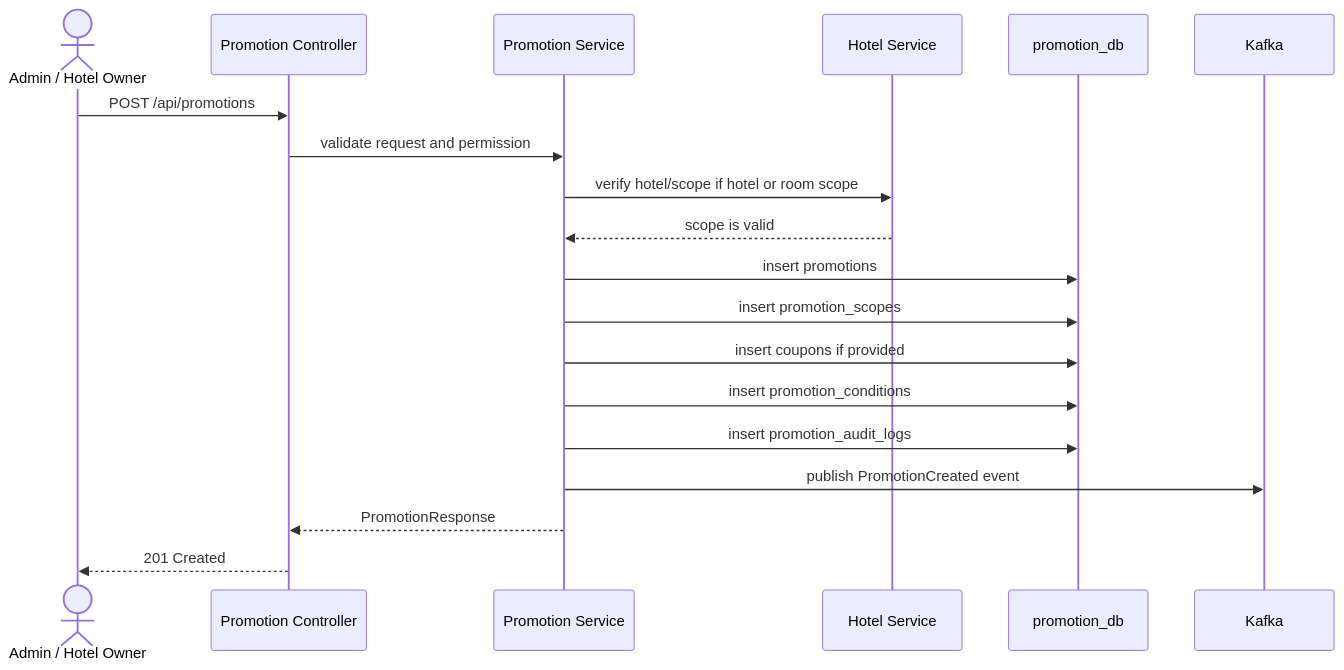
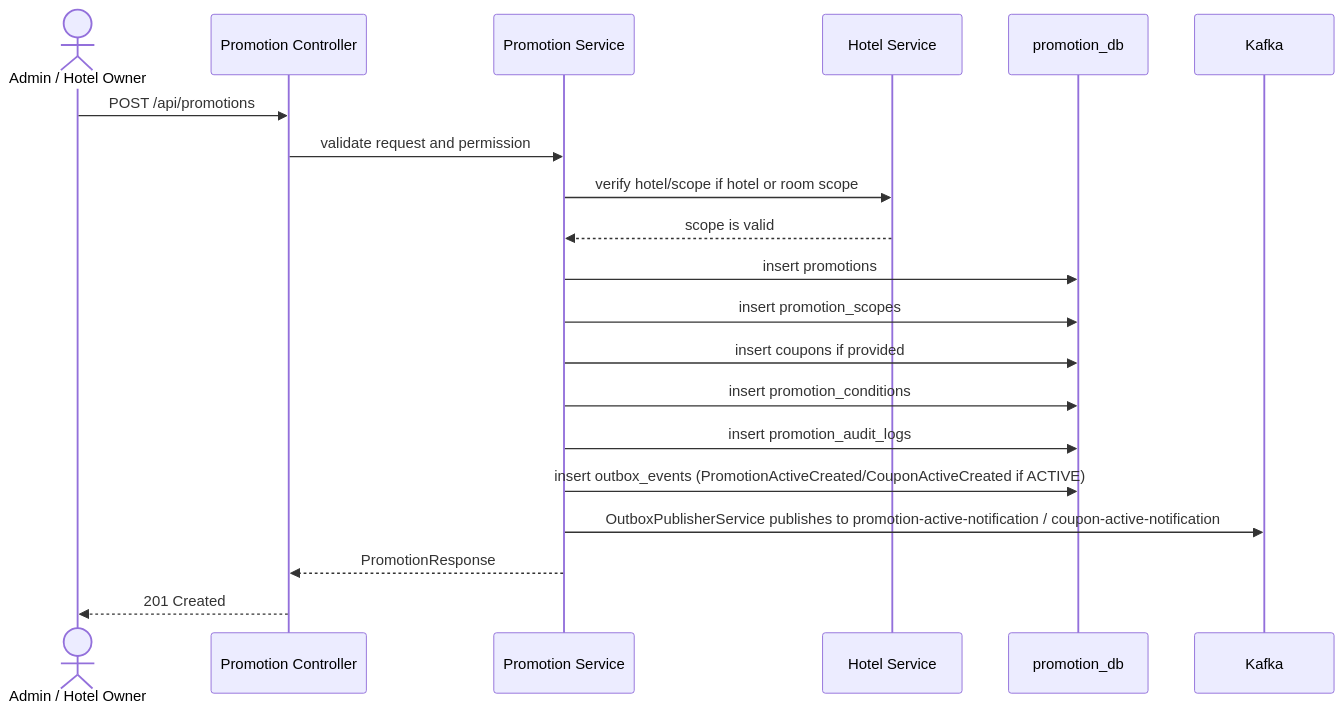
One commit to dqminh2411/hotel-booking-system changed the second of 6 diagrams in docs/ad_promotion_service.md. Above: the diagram before and after it, drawn with Mermaid. The commit also changed other lines of this file and 34 other files, not shown here.

Commit message:
feat(promotion-service): cài đặt tính năng thông báo promotion, coupon đến khách hàng với FCM

````diff
--- a/docs/ad_promotion_service.md
+++ b/docs/ad_promotion_service.md
@@ -295,22 +313,23 @@
 ```mermaid
 sequenceDiagram
     actor AdminOwner as Admin / Hotel Owner
     participant API as Promotion Controller
     participant SVC as Promotion Service
     participant Hotel as Hotel Service
     participant DB as promotion_db
     participant Kafka as Kafka
 
     AdminOwner->>API: POST /api/promotions
     API->>SVC: validate request and permission
     SVC->>Hotel: verify hotel/scope if hotel or room scope
     Hotel-->>SVC: scope is valid
     SVC->>DB: insert promotions
     SVC->>DB: insert promotion_scopes
     SVC->>DB: insert coupons if provided
     SVC->>DB: insert promotion_conditions
     SVC->>DB: insert promotion_audit_logs
-    SVC->>Kafka: publish PromotionCreated event
+    SVC->>DB: insert outbox_events (PromotionActiveCreated/CouponActiveCreated if ACTIVE)
+    SVC->>Kafka: OutboxPublisherService publishes to promotion-active-notification / coupon-active-notification
     SVC-->>API: PromotionResponse
     API-->>AdminOwner: 201 Created
 ```
````
